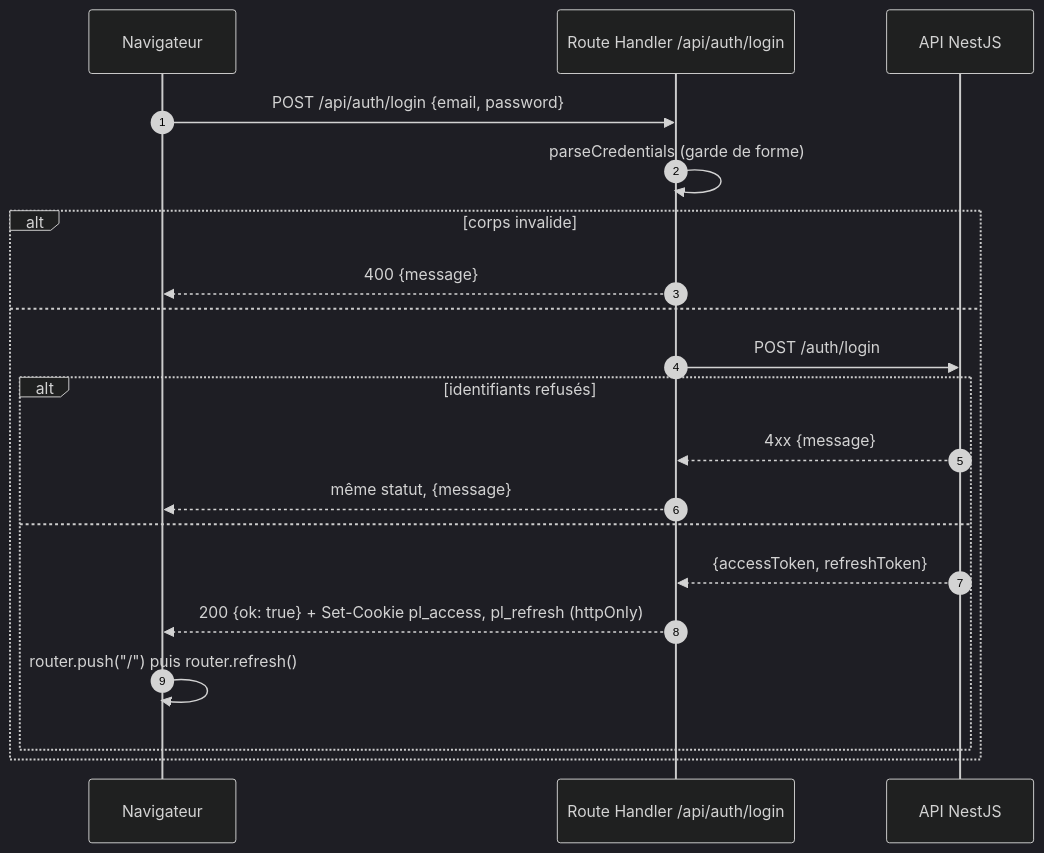
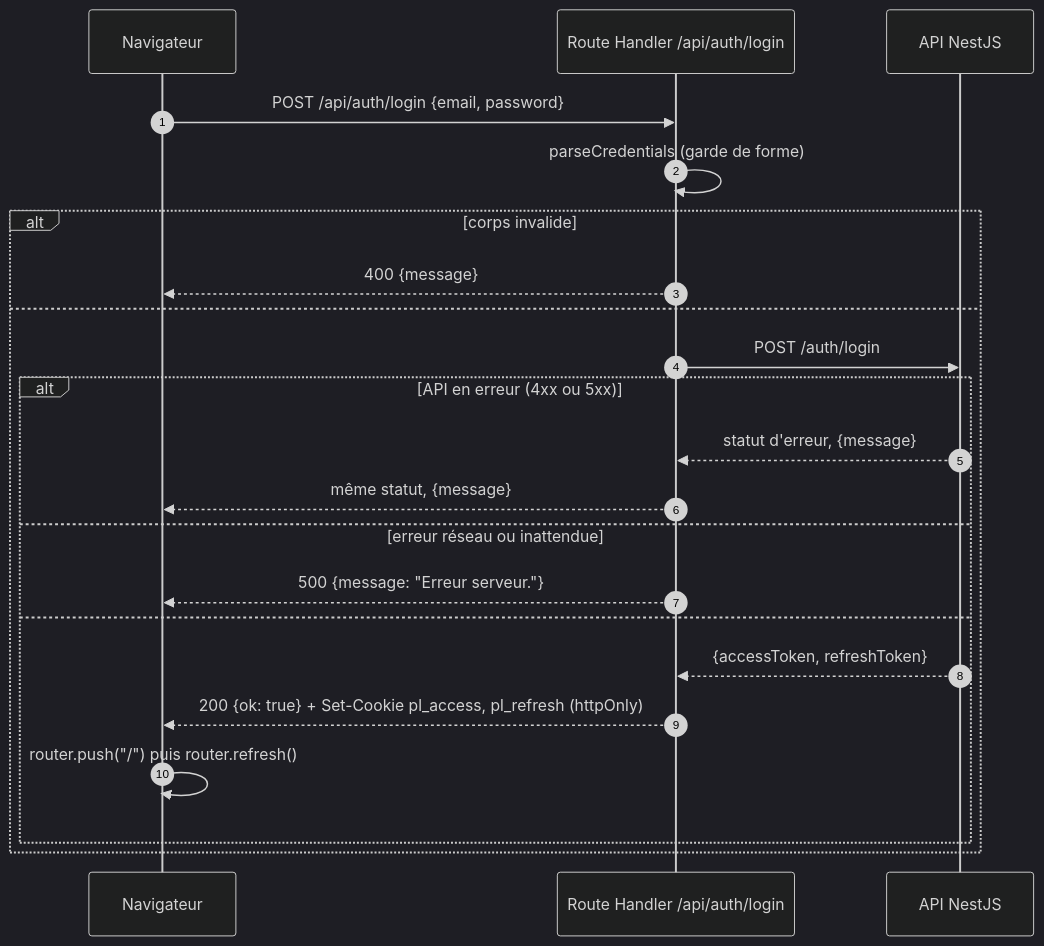
Before and after one commit to KylianGERMAIN/prepalist_front: the first of 3 diagrams in docs/auth.md, drawn with Mermaid (dark theme). The commit also changed other lines of this file and 4 other files, not shown here.

Commit message:
docs(architecture): address review, cite symbols instead of lines

````diff
--- a/docs/auth.md
+++ b/docs/auth.md
@@ -11,22 +11,24 @@
 ```mermaid
 sequenceDiagram
     autonumber
     participant B as Navigateur
     participant RH as Route Handler /api/auth/login
     participant API as API NestJS
     B->>RH: POST /api/auth/login {email, password}
     RH->>RH: parseCredentials (garde de forme)
     alt corps invalide
         RH-->>B: 400 {message}
     else
         RH->>API: POST /auth/login
-        alt identifiants refusés
-            API-->>RH: 4xx {message}
+        alt API en erreur (4xx ou 5xx)
+            API-->>RH: statut d'erreur, {message}
             RH-->>B: même statut, {message}
+        else erreur réseau ou inattendue
+            RH-->>B: 500 {message: "Erreur serveur."}
         else
             API-->>RH: {accessToken, refreshToken}
             RH-->>B: 200 {ok: true} + Set-Cookie pl_access, pl_refresh (httpOnly)
             B->>B: router.push("/") puis router.refresh()
         end
     end
 ```
````
